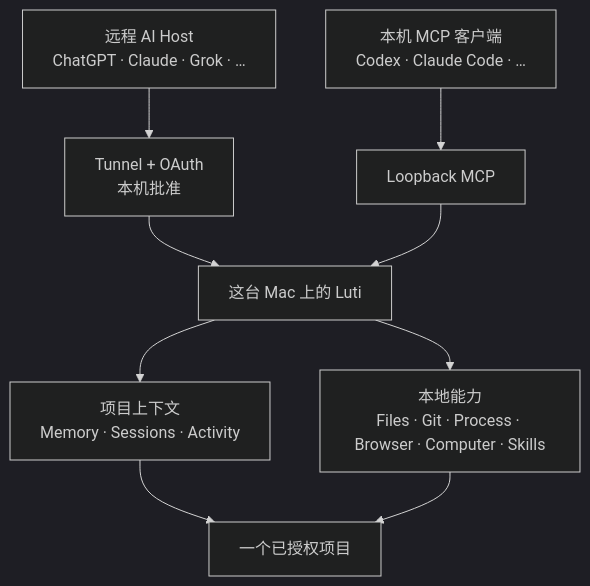
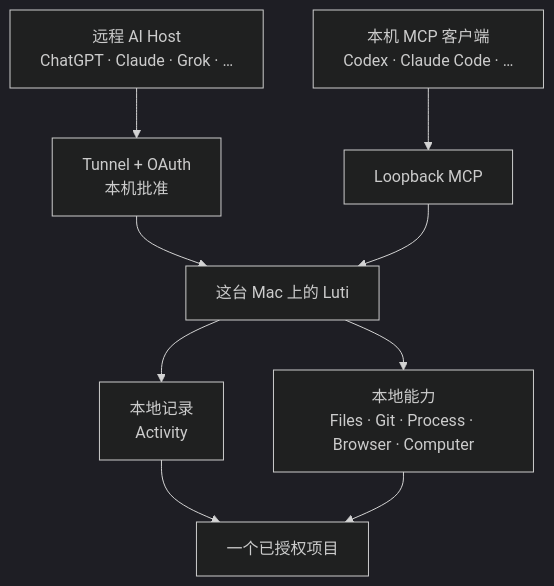
One commit to boltguo/Luti changed the diagram in README.zh-CN.md. Above: the diagram before and after it, drawn with Mermaid (dark theme). The commit also changed other lines of this file and 85 other files, not shown here.

````diff
--- a/README.zh-CN.md
+++ b/README.zh-CN.md
@@ -27,16 +27,16 @@
 ```mermaid
 flowchart TB
     remote["远程 AI Host<br/>ChatGPT · Claude · Grok · …"]
     local["本机 MCP 客户端<br/>Codex · Claude Code · …"]
     tunnel["Tunnel + OAuth<br/>本机批准"]
     loopback["Loopback MCP"]
     luti["这台 Mac 上的 Luti"]
-    context["项目上下文<br/>Memory · Sessions · Activity"]
-    tools["本地能力<br/>Files · Git · Process · Browser · Computer · Skills"]
+    context["本地记录<br/>Activity"]
+    tools["本地能力<br/>Files · Git · Process · Browser · Computer"]
     project["一个已授权项目"]
 
     remote --> tunnel --> luti
     local --> loopback --> luti
     luti --> context --> project
     luti --> tools --> project
 ```
````
